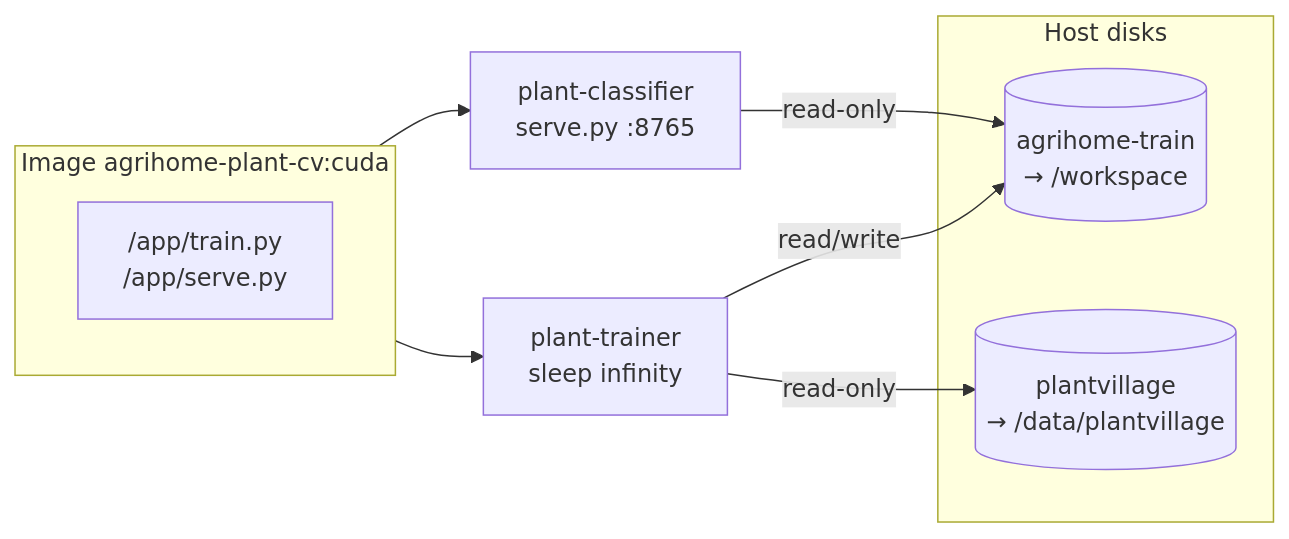
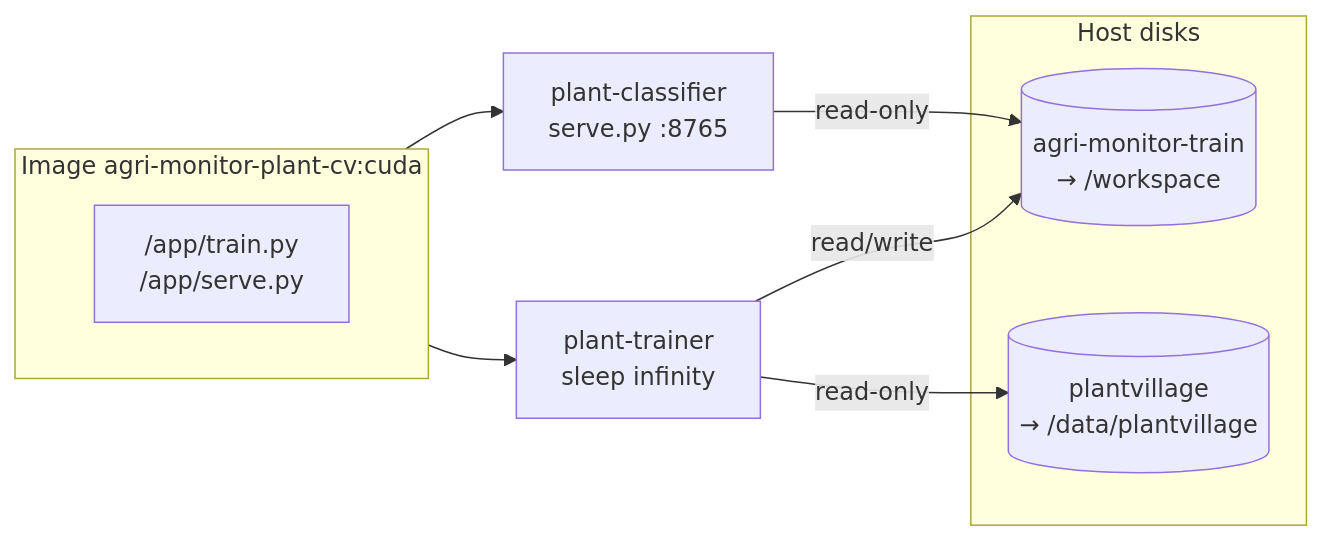
One commit to smriticodes/agri-monitor changed the diagram in docs/PLANT_TRAINER_AND_CLASSIFIER.md. Above: the diagram before and after it, drawn with Mermaid. The commit also changed other lines of this file and 68 other files, not shown here.

````diff
--- a/docs/PLANT_TRAINER_AND_CLASSIFIER.md
+++ b/docs/PLANT_TRAINER_AND_CLASSIFIER.md
@@ -186,17 +186,17 @@
 ```mermaid
 flowchart LR
-  subgraph image["Image agrihome-plant-cv:cuda"]
+  subgraph image["Image agri-monitor-plant-cv:cuda"]
     APP["/app/train.py\n/app/serve.py"]
   end
   subgraph host["Host disks"]
-    W[("agrihome-train\n→ /workspace")]
+    W[("agri-monitor-train\n→ /workspace")]
     D[("plantvillage\n→ /data/plantvillage")]
   end
   PT["plant-trainer\nsleep infinity"]
   PC["plant-classifier\nserve.py :8765"]
   PT -->|read/write| W
   PT -->|read-only| D
   PC -->|read-only| W
   image --> PT
   image --> PC
 ```
````
